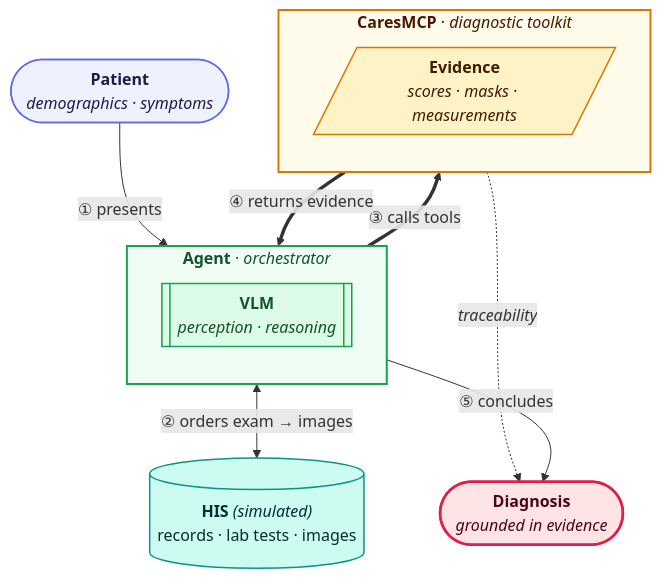
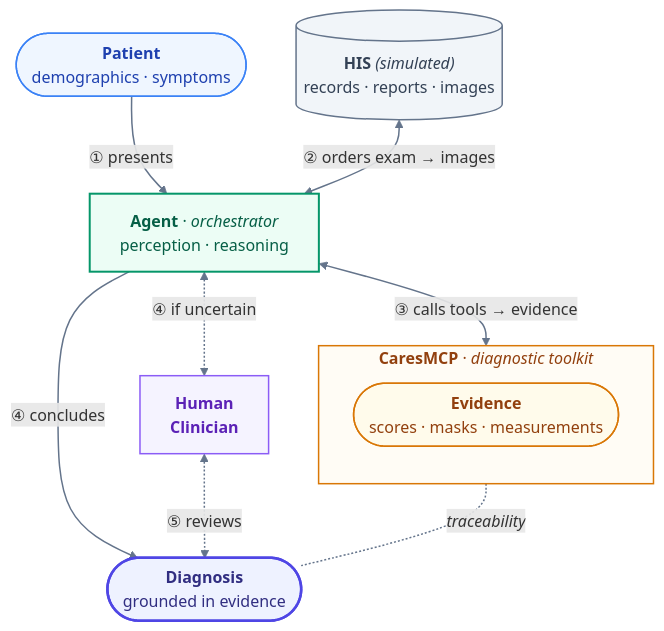
The diagram in README.md (Moenupa/caresMCP), drawn with Mermaid before and after one commit. The commit also changed 1 other file, not shown here.

Commit message:
[doc] update README

````diff
--- a/README.md
+++ b/README.md
@@ -17,40 +17,45 @@
 ```mermaid
+---
+config:
+  markdownAutoWrap: false
+---
 flowchart TD
-    patient(["<b>Patient</b><br/><i>demographics · symptoms</i>"])
-
-    subgraph agent["<b>Agent</b> · <i>orchestrator</i>"]
-        direction TB
-        vlm[["<b>VLM</b><br/><i>perception · reasoning</i>"]]
-    end
-
-    his[("<b>HIS</b> <i>(simulated)</i><br/>records · lab tests · images")]
+    patient(["`<b>Patient</b><br/>demographics · symptoms`"])
+    agent["`<b>Agent</b> · <i>orchestrator</i><br/>perception · reasoning`"]
+    his[("`<b>HIS</b> <i>(simulated)</i><br/>records · reports · images`")]
 
     subgraph caresmcp["<b>CaresMCP</b> · <i>diagnostic toolkit</i>"]
         direction TB
-        evidence[/"<b>Evidence</b><br/><i>scores · masks · measurements</i>"/]
+        evidence(["`<b>Evidence</b><br/>scores · masks · measurements`"])
     end
 
-    diagnosis(["<b>Diagnosis</b><br/><i>grounded in evidence</i>"])
+    diagnosis(["`<b>Diagnosis</b><br/>grounded in evidence`"])
+    human["<b>Human<br/>Clinician</b>"]
 
     patient -->|"① presents"| agent
-    agent <-->|"② orders exam → images"| his
-    agent ==>|"③ calls tools"| caresmcp
-    caresmcp ==>|"④ returns evidence"| agent
-    caresmcp -.->|"<i>traceability</i>"| diagnosis
-    agent -->|"⑤ concludes"| diagnosis
+    his <-->|"② orders exam → images"| agent
+    agent <-.->|"④ if uncertain"| human
+    agent <==>|"③ calls tools → evidence"| caresmcp
+    caresmcp -.-|"<i>traceability</i>"| diagnosis
+    agent -->|"④ concludes"| diagnosis
+    human <-.->|"⑤ reviews"| diagnosis
 
-    classDef io fill:#EEF2FF,stroke:#6366F1,color:#1E1B4B,stroke-width:1.5px
-    classDef model fill:#DCFCE7,stroke:#16A34A,color:#14532D,stroke-width:1.5px
-    classDef db fill:#CCFBF1,stroke:#0D9488,color:#042F2E,stroke-width:1.5px
-    classDef evid fill:#FEF3C7,stroke:#D97706,color:#451A03,stroke-width:1.5px
-    classDef result fill:#FFE4E6,stroke:#E11D48,color:#4C0519,stroke-width:2.5px
+    %% Semantic color classes
+    classDef patient fill:#EFF6FF,stroke:#3B82F6,color:#1E40AF,stroke-width:1.5px
+    classDef agent fill:#ECFDF5,stroke:#059669,color:#065F46,stroke-width:2px
+    classDef his fill:#F1F5F9,stroke:#64748B,color:#334155,stroke-width:1.5px
+    classDef evidence fill:#FFFBEB,stroke:#D97706,color:#92400E,stroke-width:1.5px
+    classDef human fill:#F5F3FF,stroke:#8B5CF6,color:#5B21B6,stroke-width:1.5px
+    classDef result fill:#EEF2FF,stroke:#4F46E5,color:#312E81,stroke-width:2.5px
 
-    class patient io
-    class vlm model
-    class his db
-    class evidence evid
+    class patient patient
+    class agent agent
+    class his his
+    class evidence evidence
+    class human human
     class diagnosis result
 
-    style agent fill:#F0FDF4,stroke:#16A34A,stroke-width:2px,color:#14532D
-    style caresmcp fill:#FFFBEB,stroke:#D97706,stroke-width:2px,color:#451A03
+    style caresmcp fill:#FFFCF5,stroke:#D97706,stroke-width:1.5px,color:#92400E
+
+    linkStyle default stroke:#64748B,stroke-width:1.5px
 ```
````
